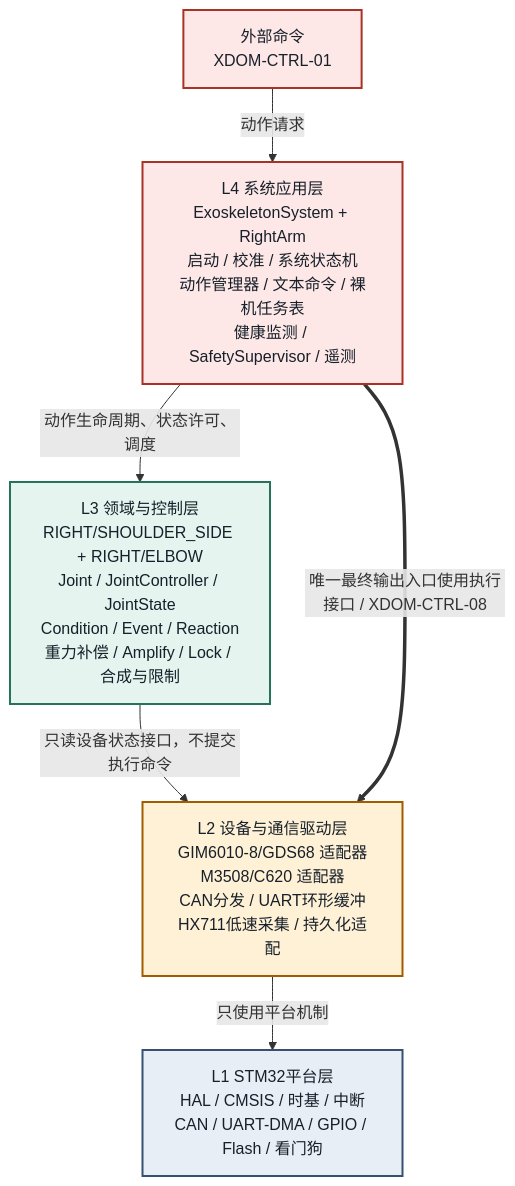
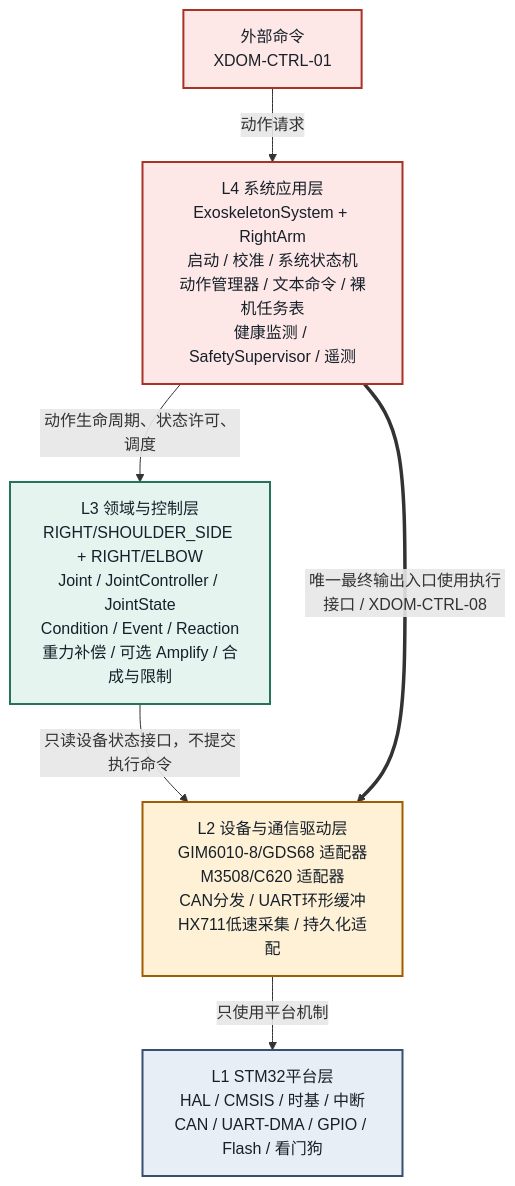
One commit to 46564645/Surgery_exoskeleton changed the fifth of 5 diagrams in Main_ project/docs/system_architecture_blueprint.md. Above: the diagram before and after it, drawn with Mermaid. The commit also changed other lines of this file and 23 other files, not shown here.

````diff
--- a/Main_ project/docs/system_architecture_blueprint.md
+++ b/Main_ project/docs/system_architecture_blueprint.md
@@ -474,22 +471,22 @@
 ```mermaid
 flowchart TB
     L4["L4 系统应用层<br/>ExoskeletonSystem + RightArm<br/>启动 / 校准 / 系统状态机<br/>动作管理器 / 文本命令 / 裸机任务表<br/>健康监测 / SafetySupervisor / 遥测"]
-    L3["L3 领域与控制层<br/>RIGHT/SHOULDER_SIDE + RIGHT/ELBOW<br/>Joint / JointController / JointState<br/>Condition / Event / Reaction<br/>重力补偿 / Amplify / Lock / 合成与限制"]
+    L3["L3 领域与控制层<br/>RIGHT/SHOULDER_SIDE + RIGHT/ELBOW<br/>Joint / JointController / JointState<br/>Condition / Event / Reaction<br/>重力补偿 / 可选 Amplify / 合成与限制"]
     L2["L2 设备与通信驱动层<br/>GIM6010-8/GDS68 适配器<br/>M3508/C620 适配器<br/>CAN分发 / UART环形缓冲<br/>HX711低速采集 / 持久化适配"]
     L1["L1 STM32平台层<br/>HAL / CMSIS / 时基 / 中断<br/>CAN / UART-DMA / GPIO / Flash / 看门狗"]
     REQUEST["外部命令<br/>XDOM-CTRL-01"]
     REQUEST -->|"动作请求"| L4
     L4 -->|"动作生命周期、状态许可、调度"| L3
     L3 -->|"只读设备状态接口，不提交执行命令"| L2
     L2 -->|"只使用平台机制"| L1
     L4 ==>|"唯一最终输出入口使用执行接口 / XDOM-CTRL-08"| L2
 
     classDef application fill:#fde8e7,stroke:#a93226,stroke-width:2px,color:#17202a;
     classDef domain fill:#e5f4ef,stroke:#24735a,stroke-width:2px,color:#17202a;
     classDef driver fill:#fff1d6,stroke:#a15c00,stroke-width:2px,color:#17202a;
     classDef platform fill:#e8eef5,stroke:#355070,stroke-width:2px,color:#17202a;
     class L4,REQUEST application;
     class L3 domain;
     class L2 driver;
     class L1 platform;
 ```
````
